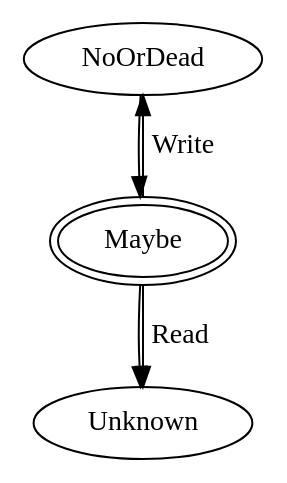
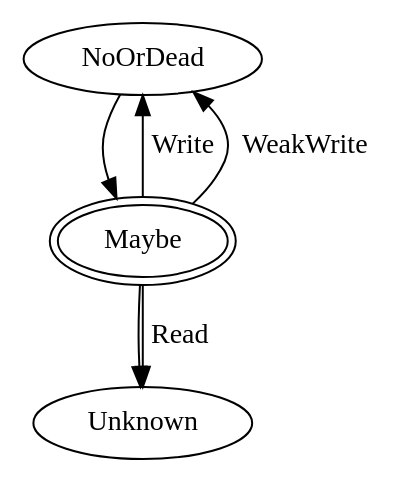
Before and after one commit to revng/revng: the diagram in lib/ABIAnalyses/DeadRegisterArgumentsOfFunction.dot, drawn with Graphviz. The commit also changed 10 other files, not shown here.

Commit message:
[NewMFPABI] Fix WeakWrite default behaviour

```diff
--- a/lib/ABIAnalyses/DeadRegisterArgumentsOfFunction.dot
+++ b/lib/ABIAnalyses/DeadRegisterArgumentsOfFunction.dot
@@ -1,17 +1,18 @@
 #
 # This file is distributed under the MIT License. See LICENSE.md for details.
 #
 
 digraph DeadRegisterArgumentsOfFunction {
   NoOrDead;
   Maybe [peripheries=2];
   Unknown;
 
   # Lattice
   NoOrDead->Maybe;
   Maybe->Unknown;
 
   # Transfer functions
   Maybe->NoOrDead [label="Write"];
+  Maybe->NoOrDead [label="WeakWrite"];
   Maybe->Unknown [label="Read"];
 }
```
